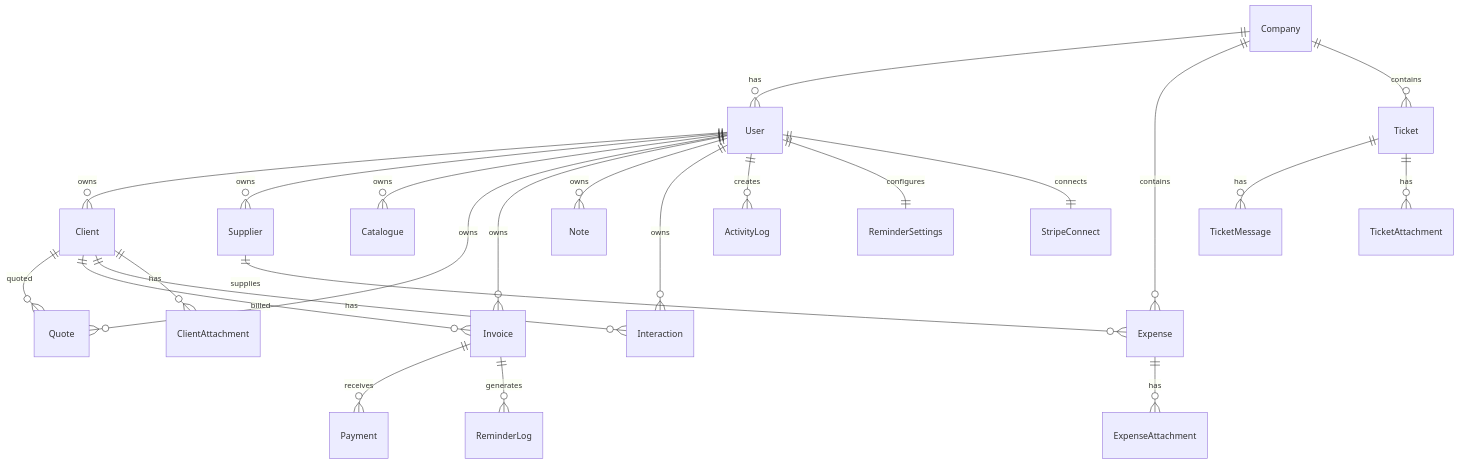
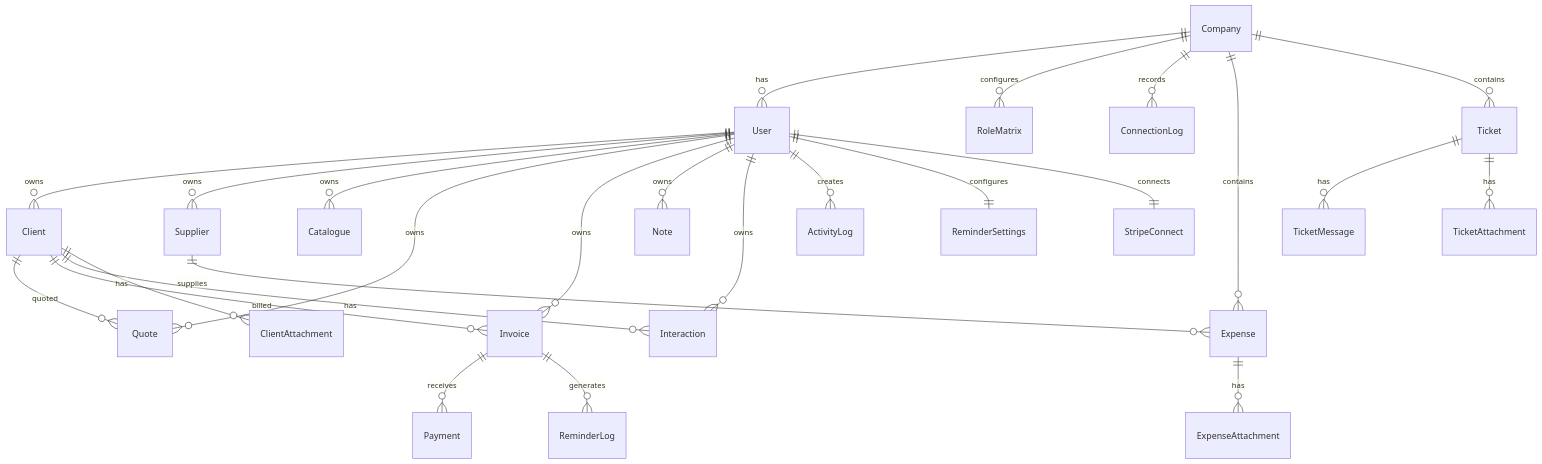
Before and after one commit to BasirKhan418/crm-roberto: the diagram in docs/database-schema.md, drawn with Mermaid. The commit also changed other lines of this file and 258 other files, not shown here.

````diff
--- a/docs/database-schema.md
+++ b/docs/database-schema.md
@@ -9,26 +9,28 @@
 ```mermaid
 erDiagram
   Company ||--o{ User : has
+  Company ||--o{ RoleMatrix : configures
+  Company ||--o{ ConnectionLog : records
   User ||--o{ Client : owns
   User ||--o{ Supplier : owns
   User ||--o{ Catalogue : owns
   User ||--o{ Quote : owns
   User ||--o{ Invoice : owns
   User ||--o{ Note : owns
   User ||--o{ Interaction : owns
   User ||--o{ ActivityLog : creates
   Company ||--o{ Expense : contains
   Company ||--o{ Ticket : contains
   Client ||--o{ Quote : quoted
   Client ||--o{ Invoice : billed
   Client ||--o{ Interaction : has
   Client ||--o{ ClientAttachment : has
   Supplier ||--o{ Expense : supplies
   Expense ||--o{ ExpenseAttachment : has
   Invoice ||--o{ Payment : receives
   Invoice ||--o{ ReminderLog : generates
   Ticket ||--o{ TicketMessage : has
   Ticket ||--o{ TicketAttachment : has
   User ||--|| ReminderSettings : configures
   User ||--|| StripeConnect : connects
 ```
````
